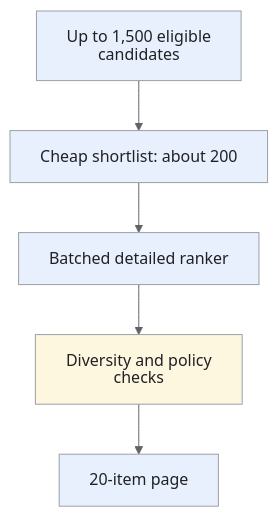
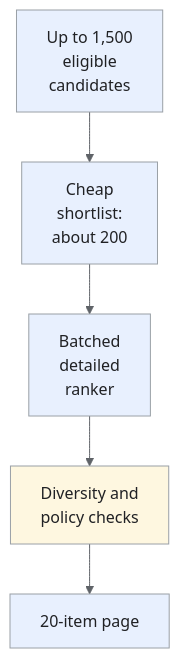
The fifth of 6 diagrams in _designs/system-design-news-feed.md (iliazlobin/iliazlobin.github.io), drawn with Mermaid before and after one commit. The commit also changed other lines of this file and 116 other files, not shown here.

````diff
--- a/_designs/system-design-news-feed.md
+++ b/_designs/system-design-news-feed.md
@@ -323,14 +353,14 @@
 ```mermaid
-%%{init: {'theme':'base','htmlLabels':false,'flowchart':{'htmlLabels':false},'themeVariables':{'fontFamily':'Arial, sans-serif','primaryColor':'#e8f0fe','primaryTextColor':'#202124','primaryBorderColor':'#9aa0a6','lineColor':'#5f6368','secondaryColor':'#e6f4ea','tertiaryColor':'#fef7e0','actorBkg':'#e8f0fe','actorBorder':'#9aa0a6','actorTextColor':'#202124','noteBkgColor':'#fef7e0','noteTextColor':'#202124','noteBorderColor':'#9aa0a6','signalColor':'#5f6368','signalTextColor':'#202124','labelBoxBkgColor':'#fef7e0','labelBoxBorderColor':'#9aa0a6'}}}%%
+%%{init: {"theme":"base","themeVariables":{"primaryColor":"#e8f0fe","primaryTextColor":"#202124","primaryBorderColor":"#9aa0a6","lineColor":"#5f6368","secondaryColor":"#e6f4ea","tertiaryColor":"#fef7e0","actorBkg":"#e8f0fe","actorBorder":"#9aa0a6","actorTextColor":"#202124","noteBkgColor":"#fef7e0","noteTextColor":"#202124","noteBorderColor":"#9aa0a6","signalColor":"#5f6368","signalTextColor":"#202124","labelBoxBkgColor":"#fef7e0","labelBoxBorderColor":"#9aa0a6"}}}%%
 flowchart TB
-    A["Up to 1,500 eligible candidates"] --> B["Cheap shortlist: about 200"]
-    B --> C["Batched detailed ranker"]
-    C --> D["Diversity and policy checks"]
+    A["Up to 1,500<br>eligible<br>candidates"] --> B["Cheap<br>shortlist:<br>about 200"]
+    B --> C["Batched<br>detailed<br>ranker"]
+    C --> D["Diversity and<br>policy checks"]
     D --> E["20-item page"]
     class A,B,C,E request;
     class D control;
 classDef request fill:#e8f0fe,stroke:#9aa0a6,color:#202124;
 classDef data fill:#e6f4ea,stroke:#9aa0a6,color:#202124;
 classDef control fill:#fef7e0,stroke:#9aa0a6,color:#202124;
 classDef danger fill:#fce8e6,stroke:#9aa0a6,color:#202124;
 ```
````
